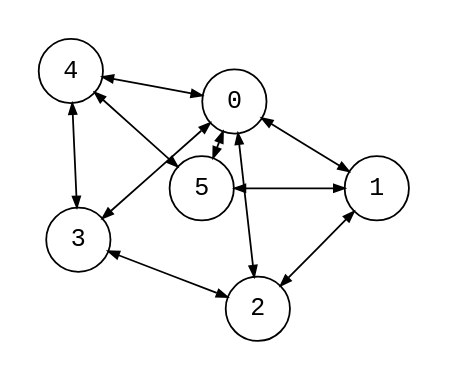
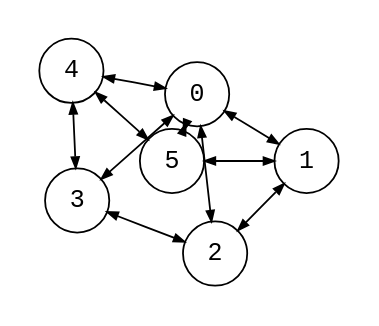
One commit to bsdrks/graaf-images changed the diagram in src/wheel_6-0.87.5.dot. Above: the diagram before and after it, drawn with Graphviz. The commit also changed 50 other files, not shown here.

```diff
--- a/src/wheel_6-0.87.5.dot
+++ b/src/wheel_6-0.87.5.dot
@@ -1,20 +1,20 @@
 digraph {
     node [shape=circle, fontname="monospace"; fixedsize=true, width="0.5"];
     edge [arrowsize=0.6];
     layout=neato;
-    scale=1.3;
     mode="sgd";
+    maxiter=100000;
     normalize=true;
     pad=0.2;
 
     5 -> 1 [dir="both"];
     1 -> 2 [dir="both"];
     2 -> 3 [dir="both"];
     3 -> 4 [dir="both"];
     4 -> 5 [dir="both"];
     0 -> 1 [dir="both"];
     0 -> 2 [dir="both"];
     0 -> 3 [dir="both"];
     0 -> 4 [dir="both"];
     0 -> 5 [dir="both"];
 }
```
